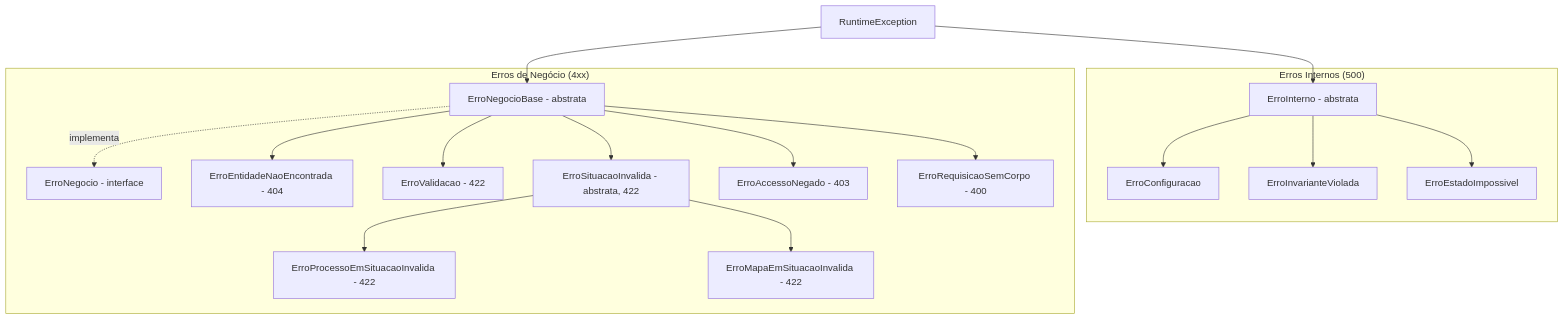
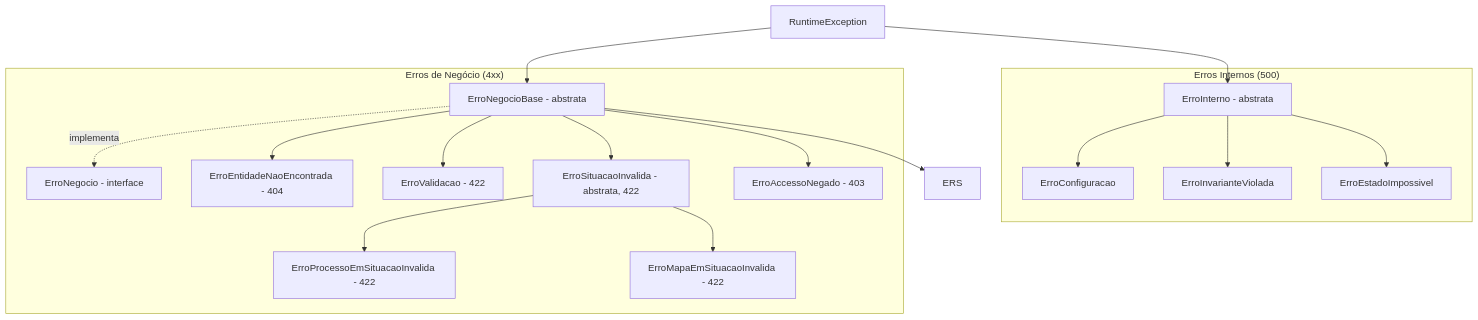
One commit to lgalvao/sgc changed the sixth of 7 diagrams in regras/backend-padroes.md. Above: the diagram before and after it, drawn with Mermaid. The commit also changed other lines of this file and 10 other files, not shown here.

````diff
--- a/regras/backend-padroes.md
+++ b/regras/backend-padroes.md
@@ -497,38 +497,37 @@
 ```mermaid
 graph TD
     RE[RuntimeException]
     
     subgraph "Erros Internos (500)"
         EI[ErroInterno - abstrata]
         EC[ErroConfiguracao]
         EIV[ErroInvarianteViolada]
         EEI[ErroEstadoImpossivel]
     end
     
     subgraph "Erros de Negócio (4xx)"
         ENB[ErroNegocioBase - abstrata]
         EN[ErroNegocio - interface]
         EE[ErroEntidadeNaoEncontrada - 404]
         EV[ErroValidacao - 422]
         ESI[ErroSituacaoInvalida - abstrata, 422]
         EPSI[ErroProcessoEmSituacaoInvalida - 422]
         EMSI[ErroMapaEmSituacaoInvalida - 422]
         EAN[ErroAccessoNegado - 403]
-        ERS[ErroRequisicaoSemCorpo - 400]
     end
     
     RE --> EI
     EI --> EC
     EI --> EIV
     EI --> EEI
     
     RE --> ENB
     ENB -.implementa.-> EN
     ENB --> EE
     ENB --> EV
     ENB --> ESI
     ENB --> EAN
     ENB --> ERS
     ESI --> EPSI
     ESI --> EMSI
 ```
````
